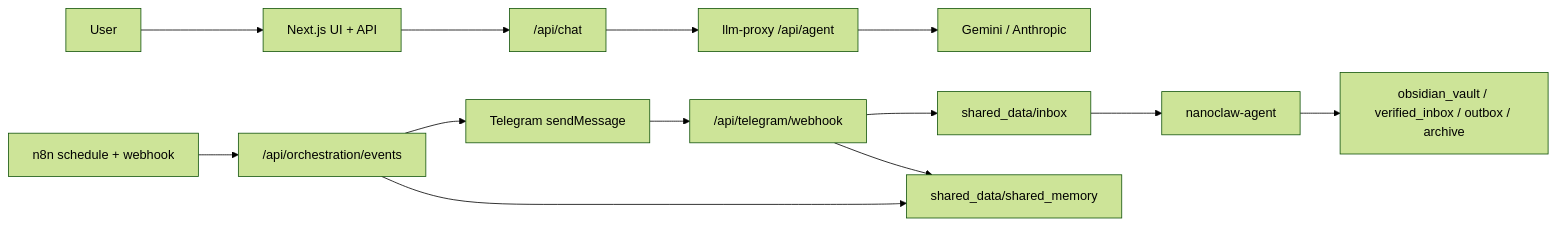
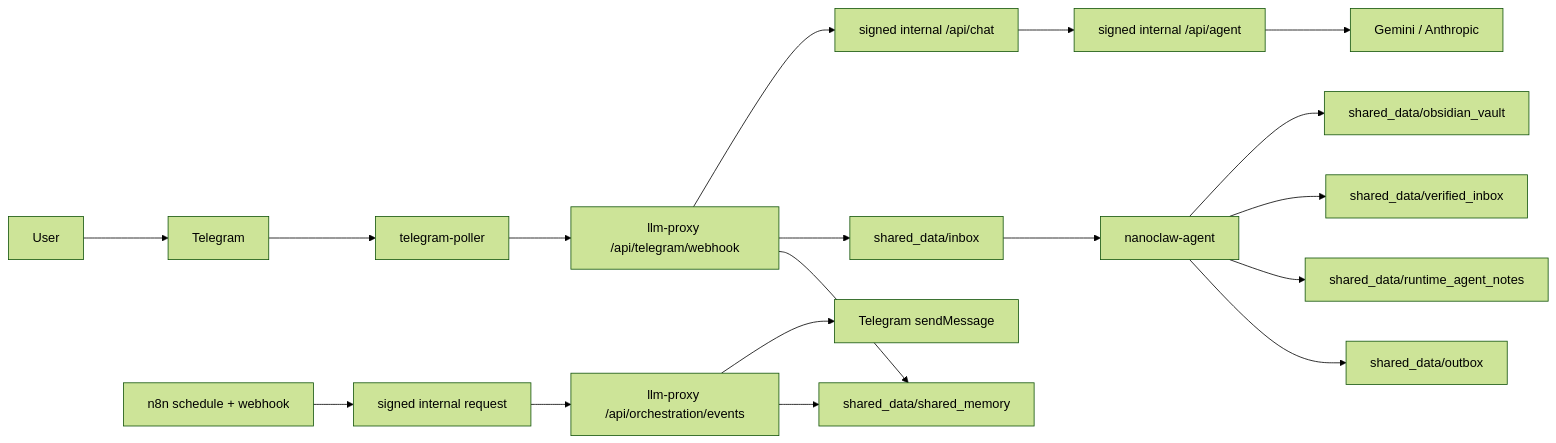
One commit to Merchantlee99/Personal-AI-agent-v2 changed the diagram in README.md. Above: the diagram before and after it, drawn with Mermaid (forest theme). The commit also changed other lines of this file and 172 other files, not shown here.

Commit message:
feat: linearize telegram-first nanoclaw runtime

````diff
--- a/README.md
+++ b/README.md
@@ -12,16 +17,21 @@
 ```mermaid
 flowchart LR
-  U["User"] --> FE["Next.js UI + API"]
-  FE --> CHAT["/api/chat"]
-  CHAT --> PX["llm-proxy /api/agent"]
+  U["User"] --> TG["Telegram"]
+  TG --> TP["telegram-poller"]
+  TP --> TGC["llm-proxy /api/telegram/webhook"]
+  TGC --> CHAT["signed internal /api/chat"]
+  CHAT --> PX["signed internal /api/agent"]
   PX --> LLM["Gemini / Anthropic"]
 
-  N8N["n8n schedule + webhook"] --> ORCH["/api/orchestration/events"]
-  ORCH --> TG["Telegram sendMessage"]
-  TG --> TGC["/api/telegram/webhook"]
+  N8N["n8n schedule + webhook"] --> SIGN["signed internal request"]
+  SIGN --> ORCH["llm-proxy /api/orchestration/events"]
+  ORCH --> TGAPI["Telegram sendMessage"]
   TGC --> INBOX["shared_data/inbox"]
   INBOX --> AG["nanoclaw-agent"]
-  AG --> ART["obsidian_vault / verified_inbox / outbox / archive"]
+  AG --> VAULT["shared_data/obsidian_vault"]
+  AG --> VERIFIED["shared_data/verified_inbox"]
+  AG --> RUNTIME["shared_data/runtime_agent_notes"]
+  AG --> OUTBOX["shared_data/outbox"]
   ORCH --> MEM["shared_data/shared_memory"]
   TGC --> MEM
 ```
````
